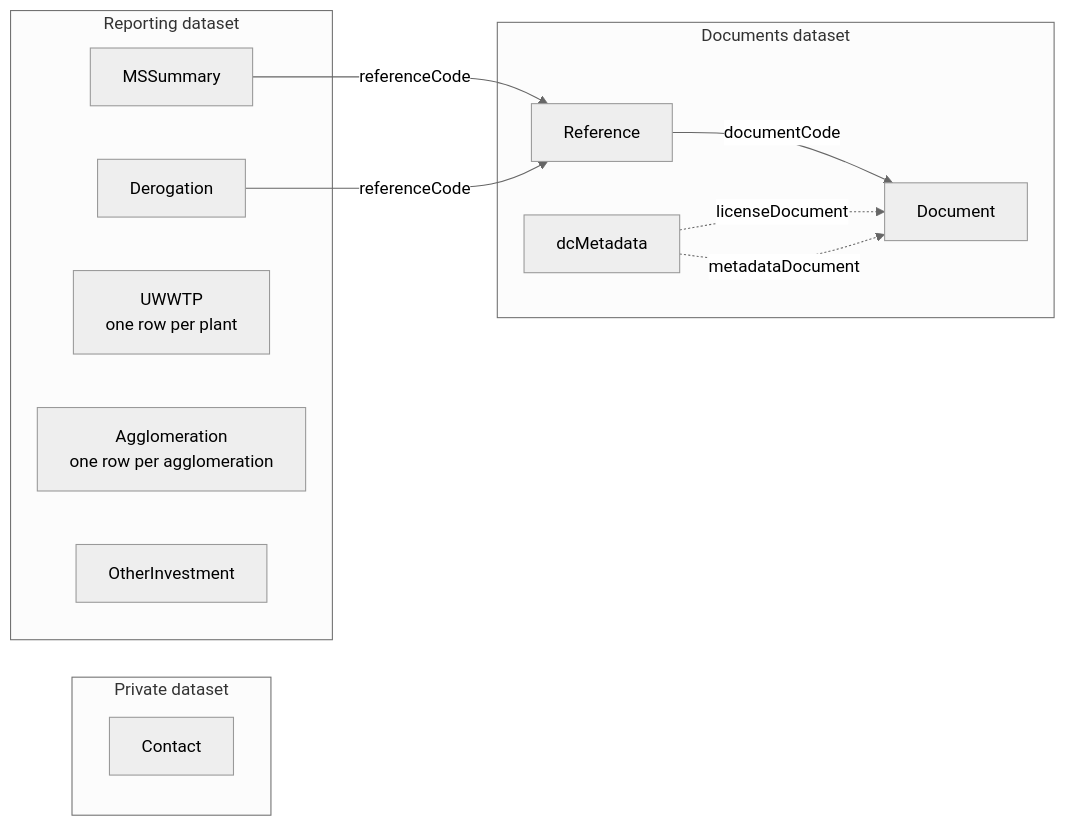
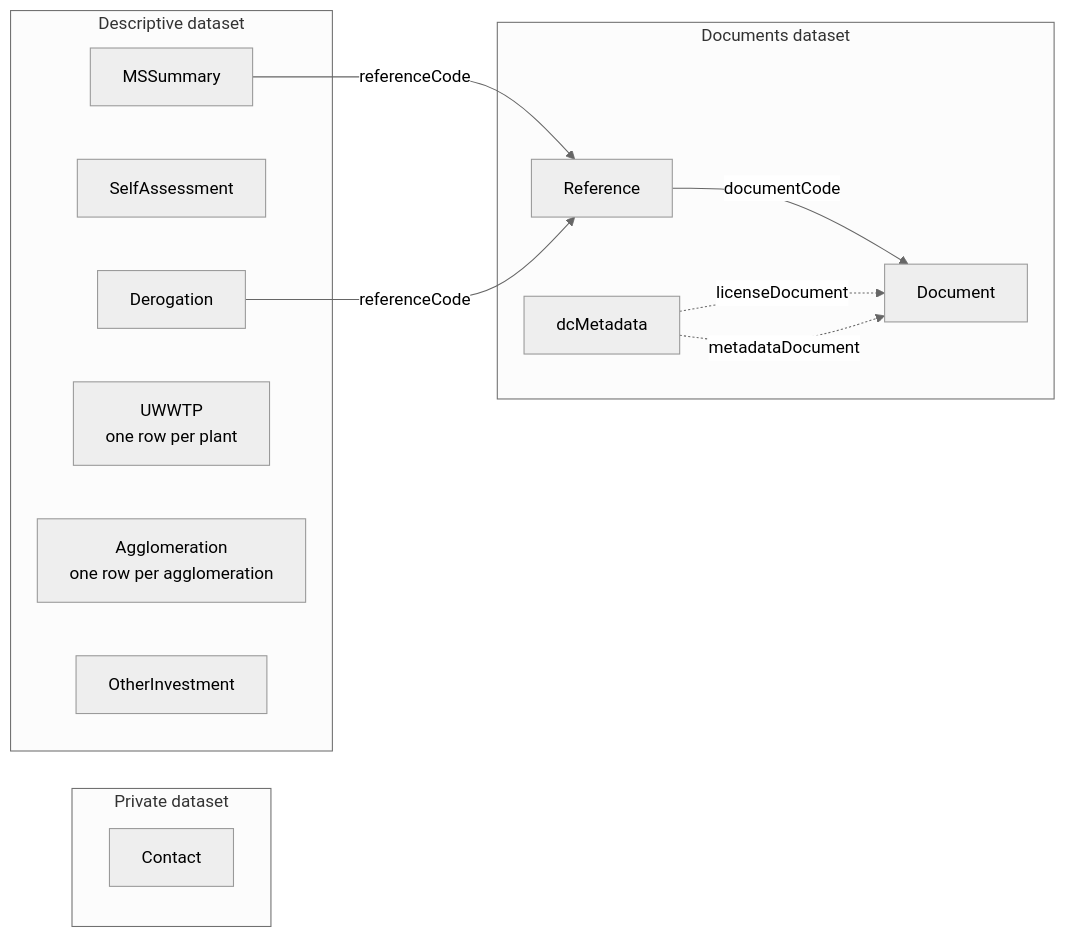
The diagram in docs/rUWWTD2024/Article23/DataModel.md (eeadata/WISE.UWWTD.Documentation), drawn with Mermaid (neutral theme) before and after one commit. The commit also changed other lines of this file and 20 other files, not shown here.

First line of the commit message:
Split out SelfAssessment, add coordinates, rename to Descriptive dataset

````diff
--- a/docs/rUWWTD2024/Article23/DataModel.md
+++ b/docs/rUWWTD2024/Article23/DataModel.md
@@ -13,23 +13,24 @@
 ```{mermaid}
 flowchart LR
   subgraph private["Private dataset"]
     Contact
   end
-  subgraph reporting["Reporting dataset"]
+  subgraph descriptive["Descriptive dataset"]
     MSSummary
+    SelfAssessment
     Derogation
     UWWTP["UWWTP<br/>one row per plant"]
     Agglomeration["Agglomeration<br/>one row per agglomeration"]
     OtherInvestment
   end
   subgraph documents["Documents dataset"]
     dcMetadata
     Reference
     Document
   end
   MSSummary -- "referenceCode" --> Reference
   Derogation -- "referenceCode" --> Reference
   Reference -- "documentCode" --> Document
   dcMetadata -. "licenseDocument" .-> Document
   dcMetadata -. "metadataDocument" .-> Document
 ```
````
